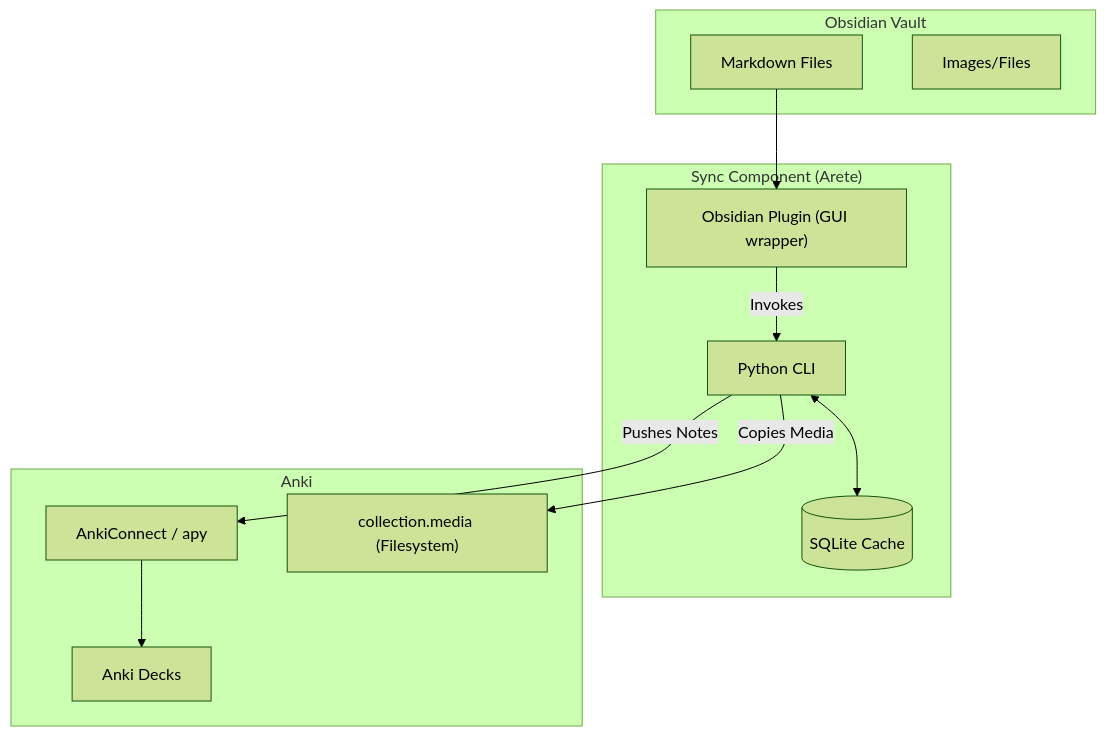
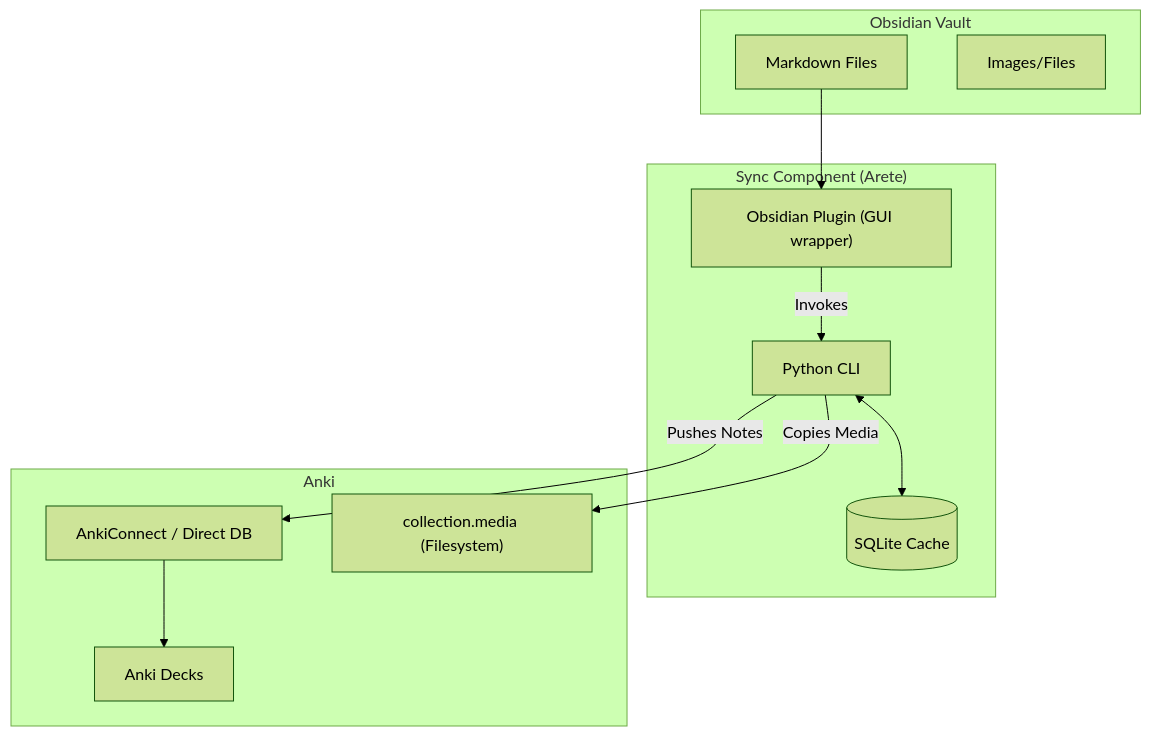
Before and after one commit to Adanato/Arete: the diagram in README.md, drawn with Mermaid (forest theme). The commit also changed 60 other files, not shown here.

````diff
--- a/README.md
+++ b/README.md
@@ -12,26 +12,26 @@
 ```mermaid
 graph TD
     subgraph "Obsidian Vault"
         MD["Markdown Files"]
         Media["Images/Files"]
     end
 
     subgraph "Sync Component (Arete)"
         CLI["Python CLI"]
         Plugin["Obsidian Plugin (GUI wrapper)"]
         Cache[("SQLite Cache")]
     end
 
     subgraph "Anki"
-        AC["AnkiConnect / apy"]
+        AC["AnkiConnect / Direct DB"]
         CollectionMedia["collection.media (Filesystem)"]
         Cards["Anki Decks"]
     end
 
     MD --> Plugin
     Plugin -- "Invokes" --> CLI
     CLI <--> Cache
     CLI -- "Pushes Notes" --> AC
     CLI -- "Copies Media" --> CollectionMedia
     AC --> Cards
 ```
````
